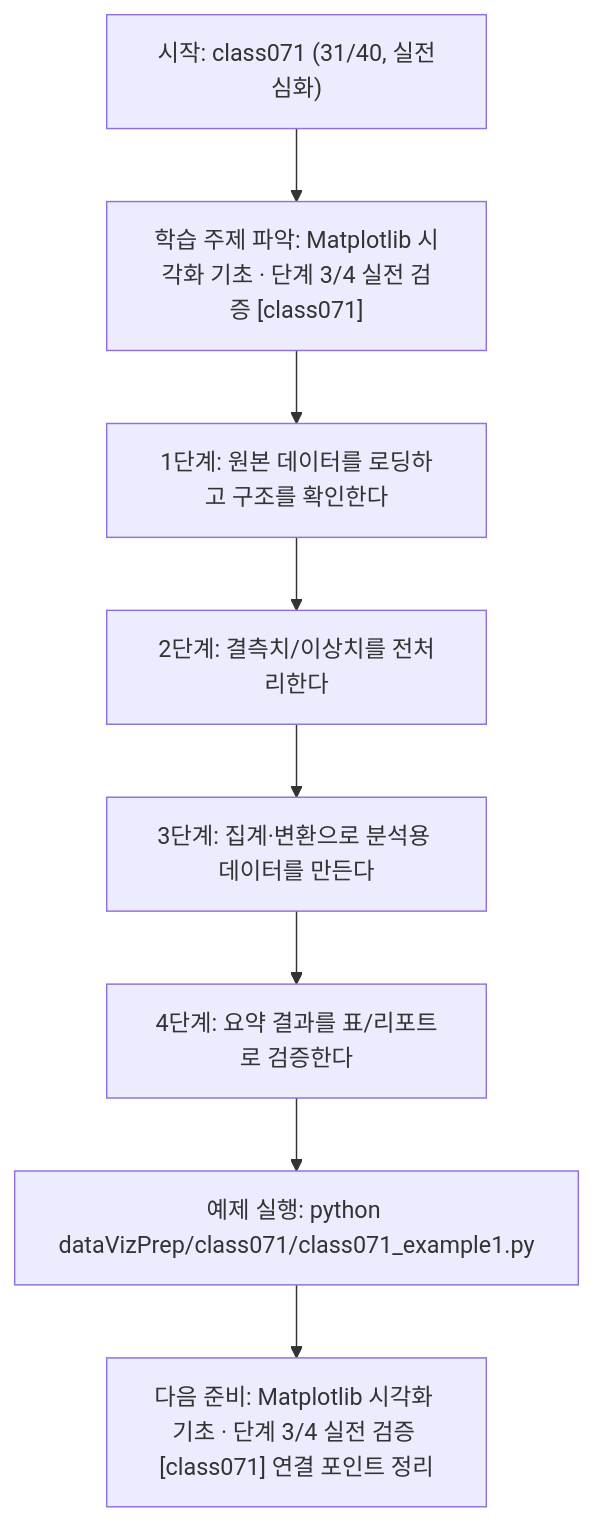
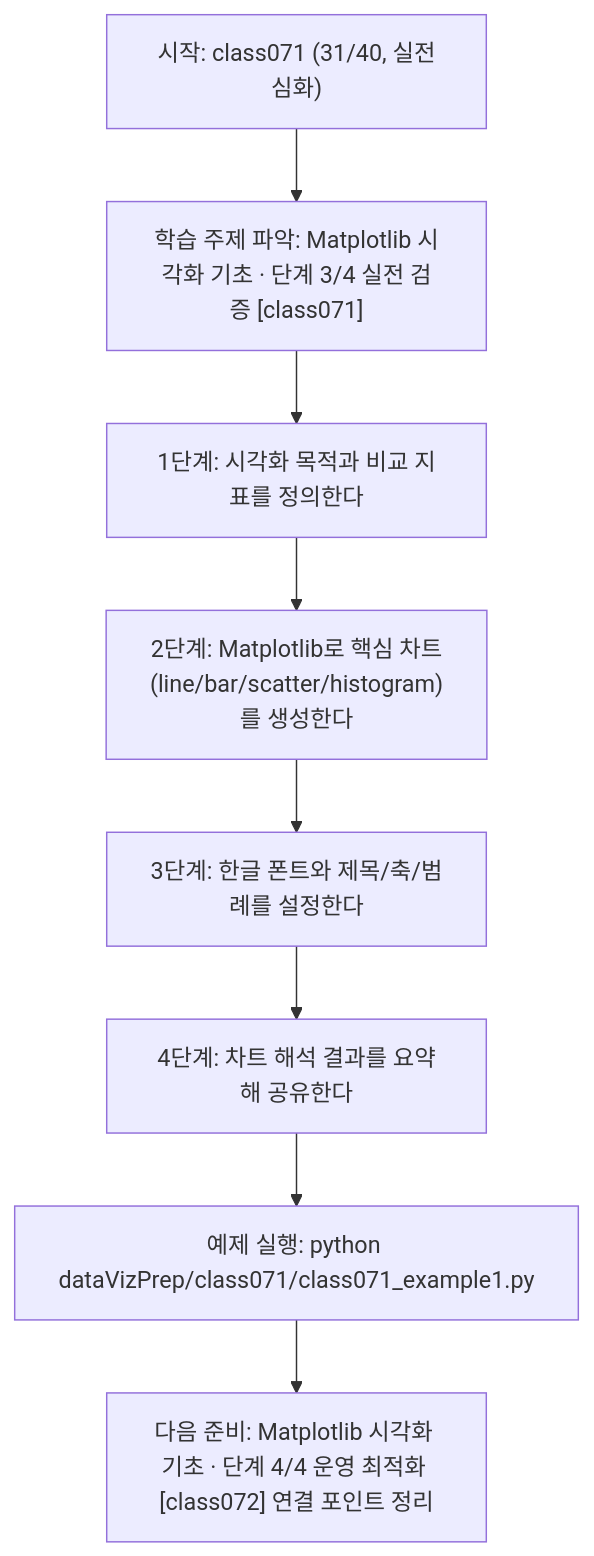
One commit to edumgt/Python-AI_Agent-Class changed the diagram in dataVizPrep/class071/class071.md. Above: the diagram before and after it, drawn with Mermaid. The commit also changed other lines of this file and 283 other files, not shown here.

````diff
--- a/dataVizPrep/class071/class071.md
+++ b/dataVizPrep/class071/class071.md
@@ -111,18 +92,18 @@
 ```mermaid
 flowchart TD
 N1["시작: class071 (31/40, 실전심화)"]
 N2["학습 주제 파악: Matplotlib 시각화 기초 · 단계 3/4 실전 검증 [class071]"]
-N3["1단계: 원본 데이터를 로딩하고 구조를 확인한다"]
-N4["2단계: 결측치/이상치를 전처리한다"]
-N5["3단계: 집계·변환으로 분석용 데이터를 만든다"]
-N6["4단계: 요약 결과를 표/리포트로 검증한다"]
+N3["1단계: 시각화 목적과 비교 지표를 정의한다"]
+N4["2단계: Matplotlib로 핵심 차트(line/bar/scatter/histogram)를 생성한다"]
+N5["3단계: 한글 폰트와 제목/축/범례를 설정한다"]
+N6["4단계: 차트 해석 결과를 요약해 공유한다"]
 N7["예제 실행: python dataVizPrep/class071/class071_example1.py"]
-N8["다음 준비: Matplotlib 시각화 기초 · 단계 3/4 실전 검증 [class071] 연결 포인트 정리"]
+N8["다음 준비: Matplotlib 시각화 기초 · 단계 4/4 운영 최적화 [class072] 연결 포인트 정리"]
 N1 --> N2
 N2 --> N3
 N3 --> N4
 N4 --> N5
 N5 --> N6
 N6 --> N7
 N7 --> N8
 ```
````
